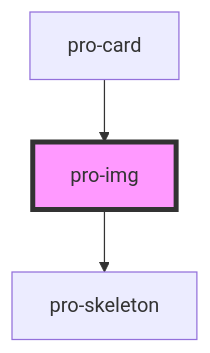
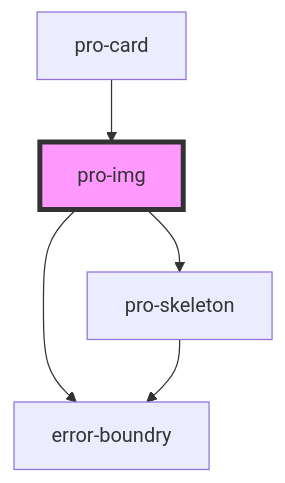
The diagram in src/atoms/image/readme.md (aab1dh/pro), drawn with Mermaid before and after one commit. The commit also changed other lines of this file and 15 other files, not shown here.

````diff
--- a/src/atoms/image/readme.md
+++ b/src/atoms/image/readme.md
@@ -28,6 +29,8 @@
 ```mermaid
 graph TD;
+  pro-img --> error-boundry
   pro-img --> pro-skeleton
+  pro-skeleton --> error-boundry
   pro-card --> pro-img
   style pro-img fill:#f9f,stroke:#333,stroke-width:4px
 ```
````
